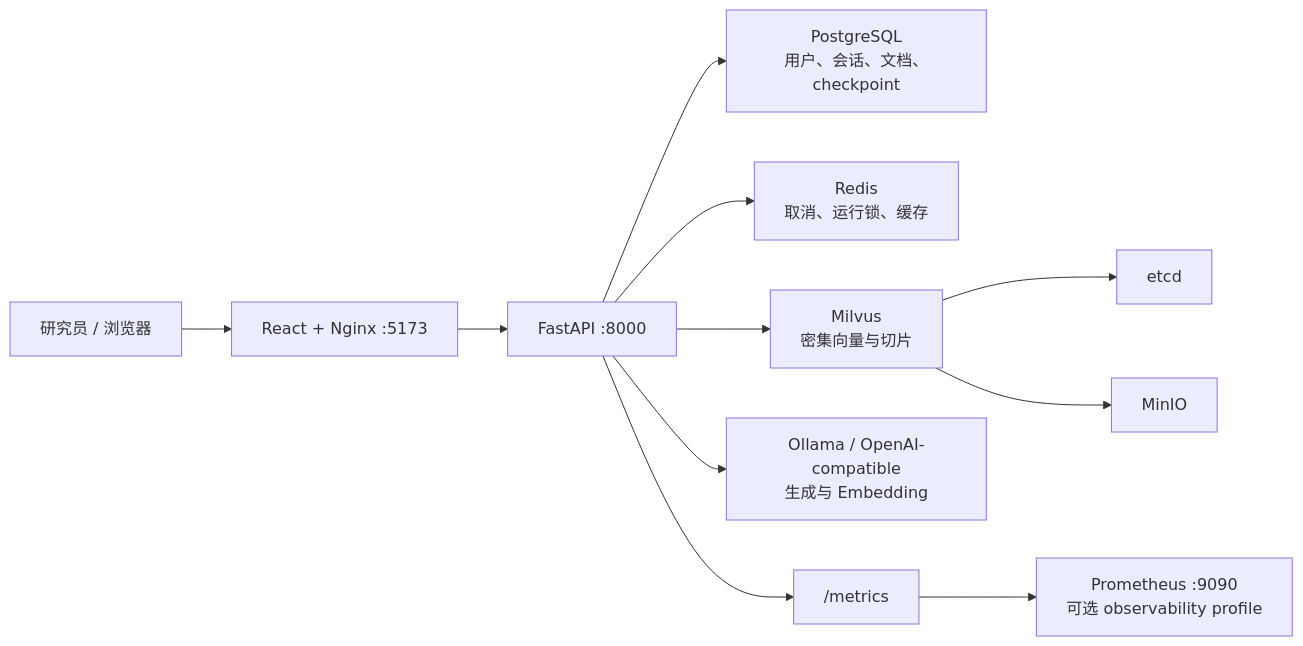
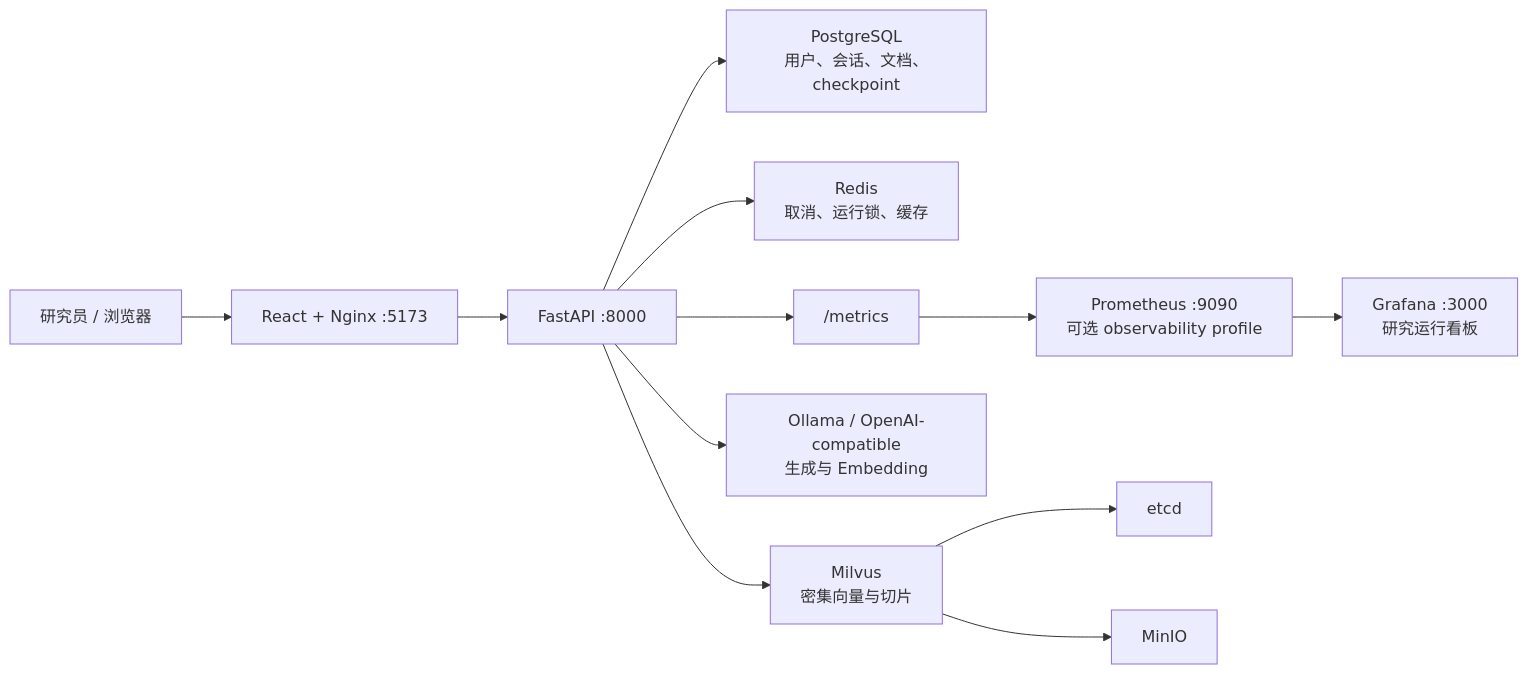
Before and after one commit to mashuangcheng625/industry-research-assistant: the diagram in docs/DEPLOYMENT_AND_DEMO.md, drawn with Mermaid. The commit also changed other lines of this file and 16 other files, not shown here.

````diff
--- a/docs/DEPLOYMENT_AND_DEMO.md
+++ b/docs/DEPLOYMENT_AND_DEMO.md
@@ -17,13 +17,14 @@
 ```mermaid
 flowchart LR
     U["研究员 / 浏览器"] --> F["React + Nginx :5173"]
     F --> B["FastAPI :8000"]
     B --> PG["PostgreSQL<br/>用户、会话、文档、checkpoint"]
     B --> R["Redis<br/>取消、运行锁、缓存"]
     B --> M["Milvus<br/>密集向量与切片"]
     B --> O["Ollama / OpenAI-compatible<br/>生成与 Embedding"]
     B --> P["/metrics"]
     P --> PM["Prometheus :9090<br/>可选 observability profile"]
+    PM --> G["Grafana :3000<br/>研究运行看板"]
     M --> E["etcd"]
     M --> S["MinIO"]
 ```
````
